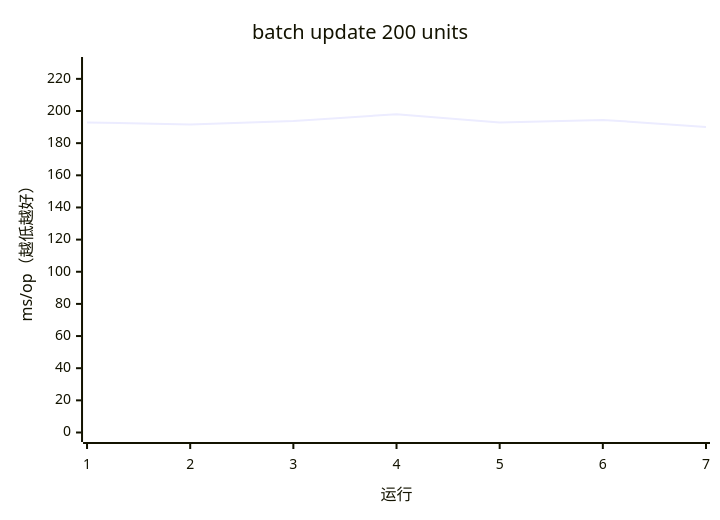
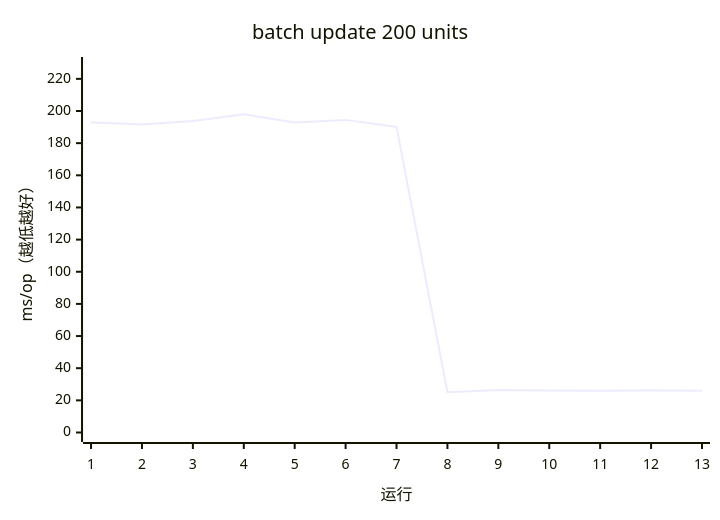
The ninth of 17 diagrams in apps/docs/src/content/docs/guides/benchmark.mdx (AIluffy/io), drawn with Mermaid before and after one commit. The commit also changed other lines of this file and 11 other files, not shown here.

````diff
--- a/apps/docs/src/content/docs/guides/benchmark.mdx
+++ b/apps/docs/src/content/docs/guides/benchmark.mdx
@@ -210,7 +297,7 @@
 ```mermaid
 xychart-beta
   title "batch update 200 units"
-  x-axis "运行" [1, 2, 3, 4, 5, 6, 7]
+  x-axis "运行" [1, 2, 3, 4, 5, 6, 7, 8, 9, 10, 11, 12, 13]
   y-axis "ms/op（越低越好）" 0 --> 227.6906
-  line [192.8785, 191.6709, 193.7211, 197.9918, 192.8213, 194.4828, 190.106]
+  line [192.8785, 191.6709, 193.7211, 197.9918, 192.8213, 194.4828, 190.106, 25.0751, 26.4239, 26.0522, 25.9361, 26.3187, 25.9458]
 ```
````
